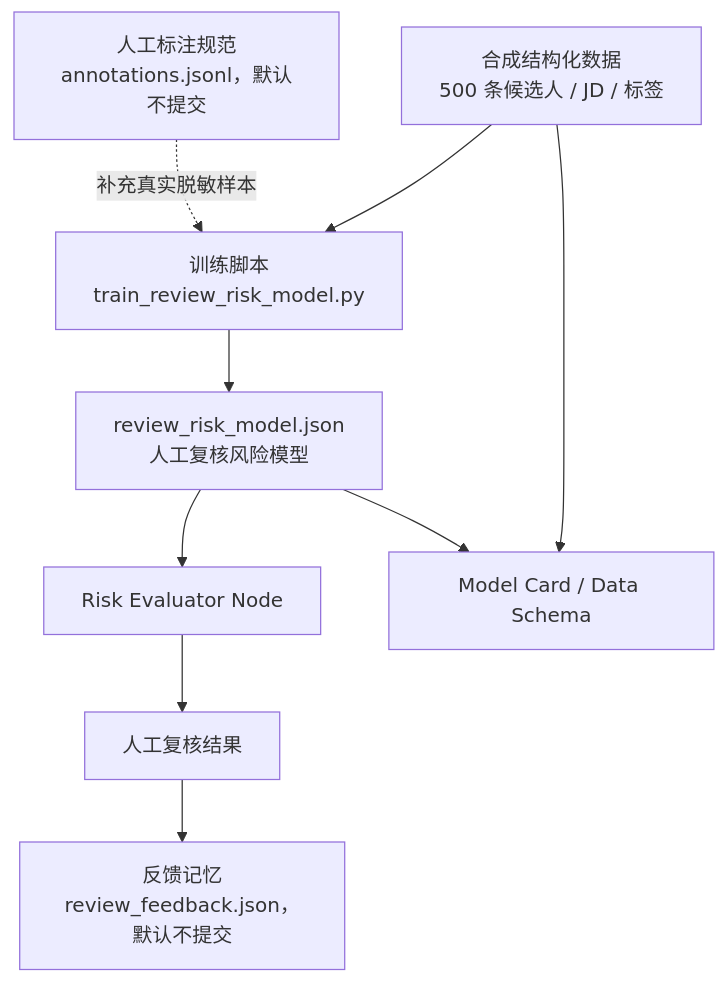
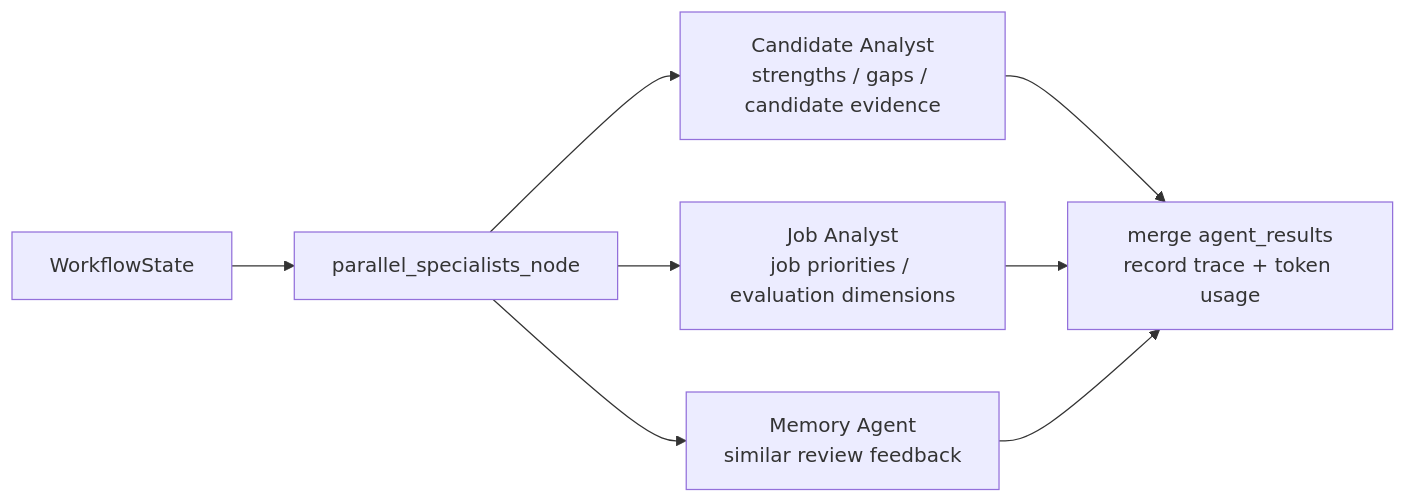
One commit to supeng0916-beep/resume-pilot changed the third of 8 diagrams in docs/architecture_diagrams.md. Above: the diagram before and after it, drawn with Mermaid. The commit also changed other lines of this file and 3 other files, not shown here.

Commit message:
docs: clarify production database architecture

````diff
--- a/docs/architecture_diagrams.md
+++ b/docs/architecture_diagrams.md
@@ -165,20 +89,17 @@
 ```mermaid
-flowchart TD
-    Synthetic["合成结构化数据<br/>500 条候选人 / JD / 标签"]
-    Annotation["人工标注规范<br/>annotations.jsonl，默认不提交"]
-    Train["训练脚本<br/>train_review_risk_model.py"]
-    Model["review_risk_model.json<br/>人工复核风险模型"]
-    Workflow["Risk Evaluator Node"]
-    Review["人工复核结果"]
-    Memory["反馈记忆<br/>review_feedback.json，默认不提交"]
-    Docs["Model Card / Data Schema"]
+flowchart LR
+    State["WorkflowState"]
+    Fanout["parallel_specialists_node"]
+    Candidate["Candidate Analyst<br/>strengths / gaps / candidate evidence"]
+    Job["Job Analyst<br/>job priorities / evaluation dimensions"]
+    Memory["Memory Agent<br/>similar review feedback"]
+    Merge["merge agent_results<br/>record trace + token usage"]
 
-    Synthetic --> Train
-    Annotation -.补充真实脱敏样本.-> Train
-    Train --> Model
-    Model --> Workflow
-    Workflow --> Review
-    Review --> Memory
-    Synthetic --> Docs
-    Model --> Docs
+    State --> Fanout
+    Fanout --> Candidate
+    Fanout --> Job
+    Fanout --> Memory
+    Candidate --> Merge
+    Job --> Merge
+    Memory --> Merge
 ```
````
